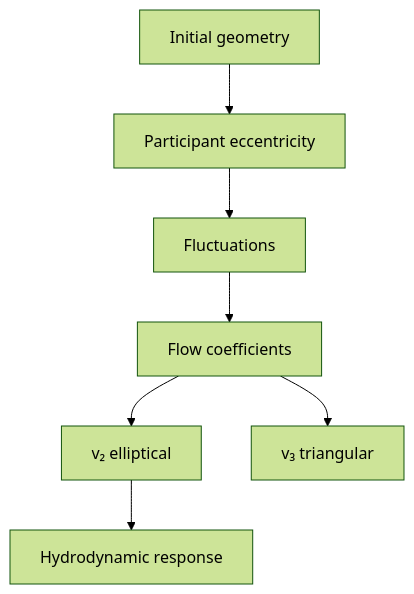
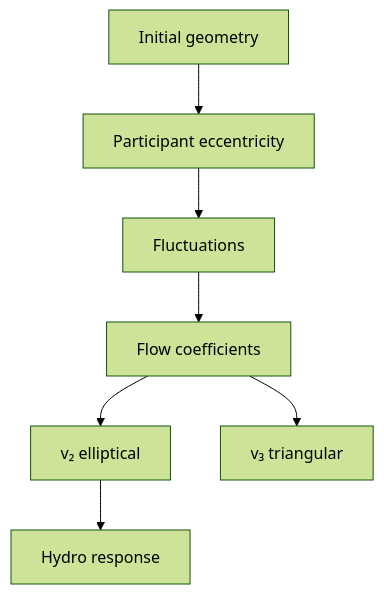
The third of 5 diagrams in 03_MSc_Physics/electives/MSPY_6810_Heavy_Ion_Collision/README.md (yip-lgtm/PhysicsSelfStudy), drawn with Mermaid (forest theme) before and after one commit. The commit also changed other lines of this file and 17 other files, not shown here.

````diff
--- a/03_MSc_Physics/electives/MSPY_6810_Heavy_Ion_Collision/README.md
+++ b/03_MSc_Physics/electives/MSPY_6810_Heavy_Ion_Collision/README.md
@@ -260,9 +372,9 @@
 ```mermaid
 graph TD
     A[Initial geometry] --> B[Participant eccentricity]
     B --> C[Fluctuations]
     C --> D[Flow coefficients]
     D --> E[v₂ elliptical]
     D --> F[v₃ triangular]
-    E --> G[Hydrodynamic response]
+    E --> G[Hydro response]
 ```
````
